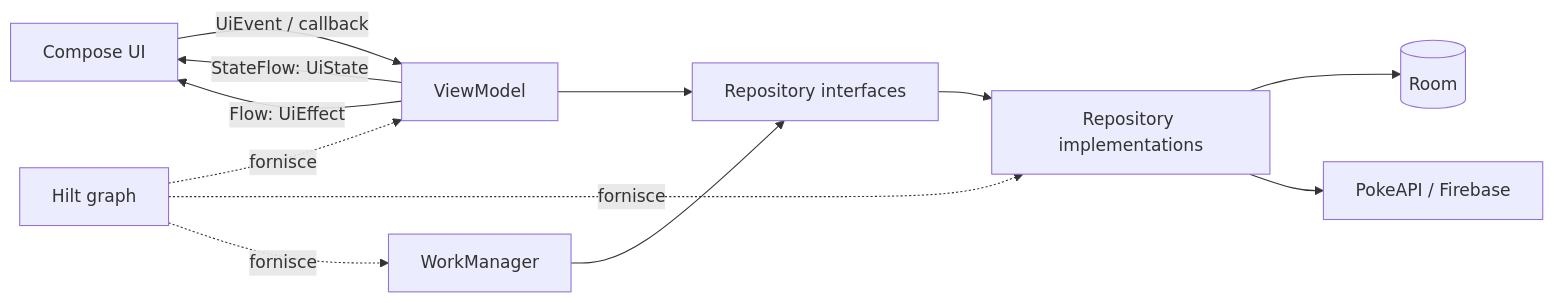
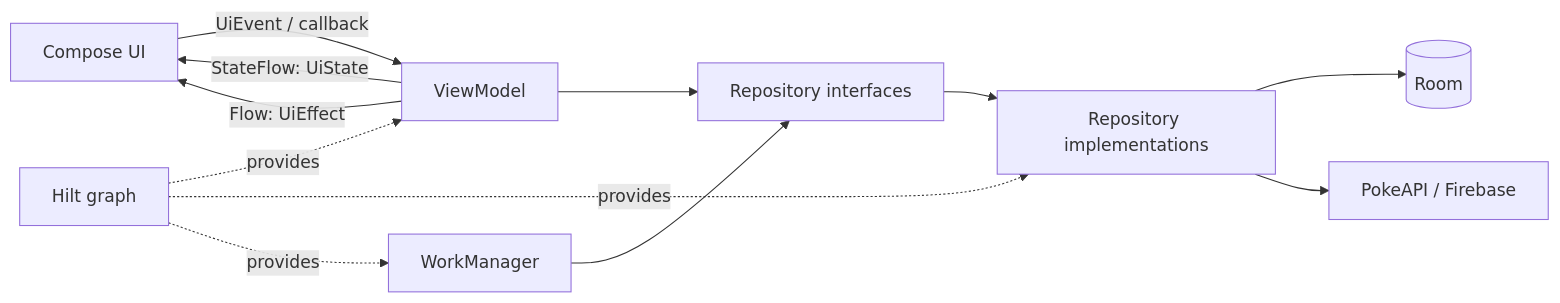
One commit to MatteoSomensi/pokedex changed the first of 4 diagrams in README.md. Above: the diagram before and after it, drawn with Mermaid. The commit also changed other lines of this file and 69 other files, not shown here.

````diff
--- a/README.md
+++ b/README.md
@@ -90,14 +90,14 @@
 ```mermaid
 flowchart LR
     UI[Compose UI] -->|UiEvent / callback| VM[ViewModel]
     VM -->|StateFlow: UiState| UI
     VM -->|Flow: UiEffect| UI
     VM --> CONTRACT[Repository interfaces]
     CONTRACT --> IMPL[Repository implementations]
     IMPL --> ROOM[(Room)]
     IMPL --> API[PokeAPI / Firebase]
     WORK[WorkManager] --> CONTRACT
-    HILT[Hilt graph] -.fornisce.-> VM
-    HILT -.fornisce.-> IMPL
-    HILT -.fornisce.-> WORK
+    HILT[Hilt graph] -.provides.-> VM
+    HILT -.provides.-> IMPL
+    HILT -.provides.-> WORK
 ```
````
